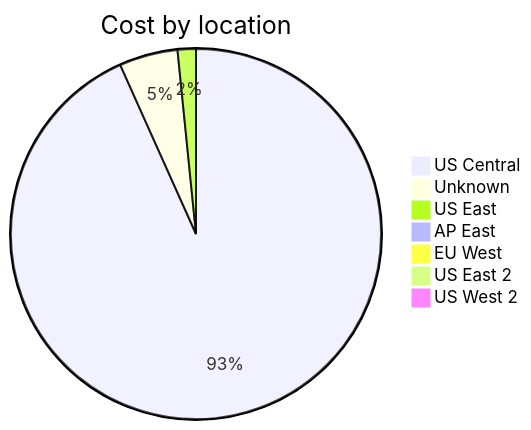
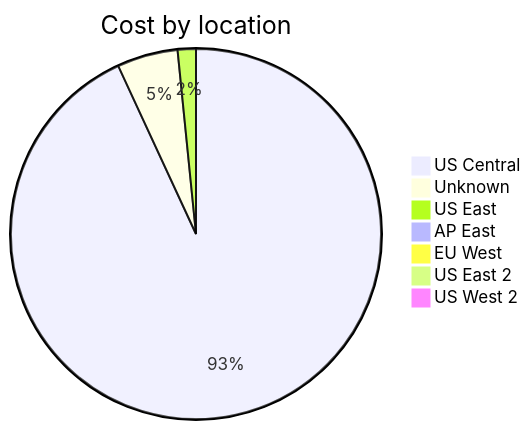
One commit to jpfulton/azure-personal-reports changed the third of 4 diagrams in cost-reports/accumulated-cost.md. Above: the diagram before and after it, drawn with Mermaid. The commit also changed other lines of this file and 4 other files, not shown here.

````diff
--- a/cost-reports/accumulated-cost.md
+++ b/cost-reports/accumulated-cost.md
@@ -123,11 +123,11 @@
 ```mermaid
 pie
    title Cost by location
-   "US Central" : 2.92
-   "Unknown" : 0.16
-   "US East" : 0.05
+   "US Central" : 3.51
+   "Unknown" : 0.20
+   "US East" : 0.06
    "AP East" : 0.00
    "EU West" : 0.00
    "US East 2" : 0.00
    "US West 2" : 0.00
 ```
````
